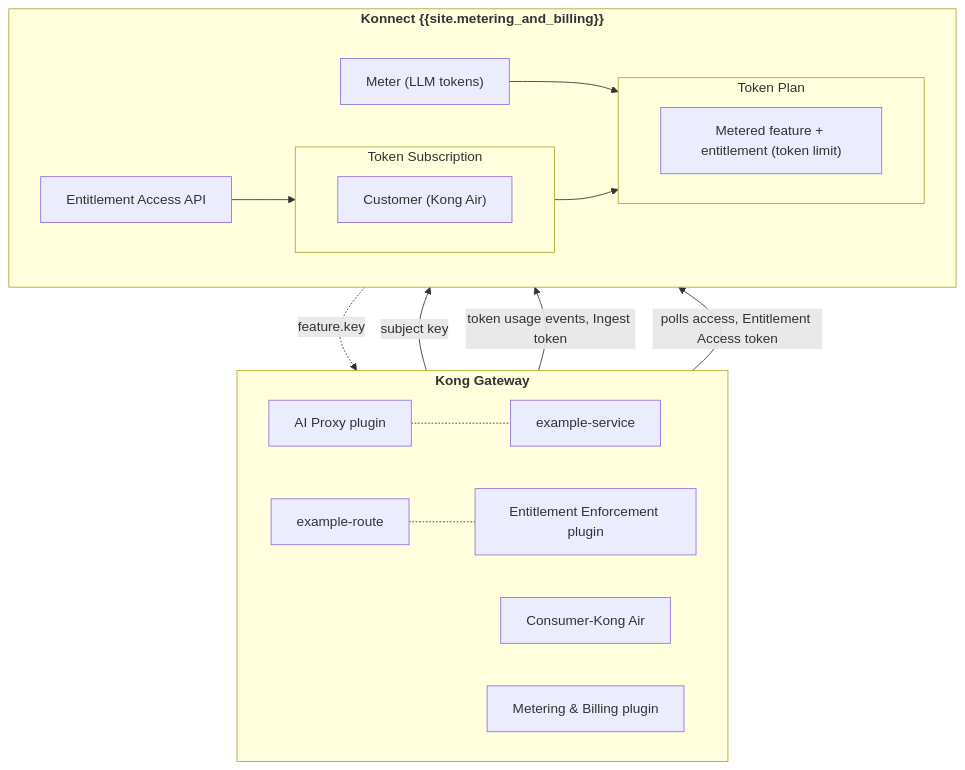
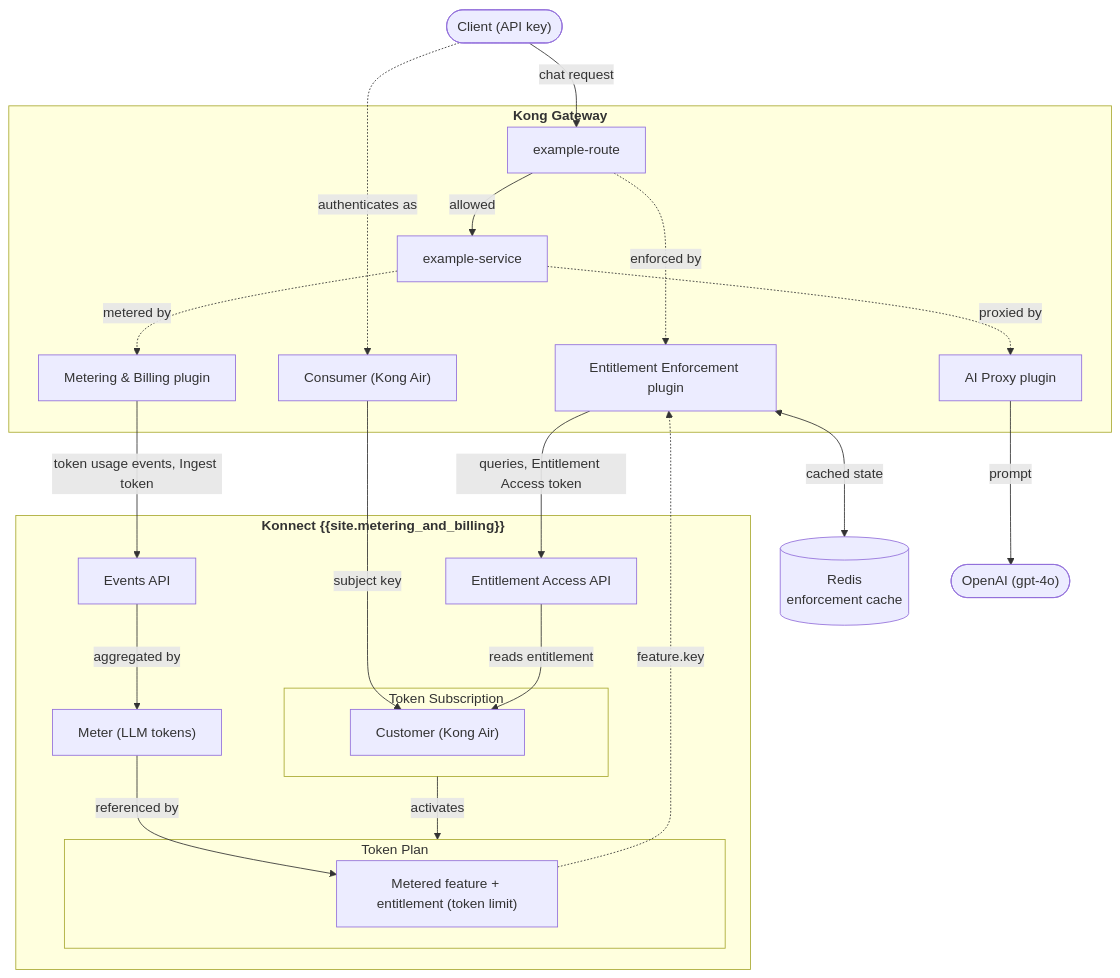
One commit to Kong/developer.konghq.com changed the diagram in app/_how-tos/ai-gateway/enforce-entitlements-on-llm-traffic.md. Above: the diagram before and after it, drawn with Mermaid. The commit also changed 1 other file, not shown here.

Commit message:
docs(metering-and-billing): make the enforcement diagrams show the real flow
The diagrams showed which entities were associated, but skipped hops the
guides actually configure and left out one required component:

* The Metering & Billing plugin posts usage to the Events API, which the meter
  then aggregates. The arrow went straight from the plugin to the meter, so the
  ingest endpoint the guide configures was invisible.
* Redis was absent, even though it's a prerequisite and a plugin config field.
  It now appears as the enforcement cache the plugin reads and writes.
* Neither diagram showed a request arriving, being allowed, and reaching the
  Service, so the enforcement point wasn't visible.
* The edge between the API and the customer was unlabeled and pointed as if the
  API produced the customer, rather than reading their entitlement.

Both diagrams now include a client, the Events API, the Entitlement Access API,
and Redis, with every edge labeled: which token each call uses, which entity
each plugin attaches to, and the subject key and feature key relationships. The
LLM diagram also shows AI Proxy sending the prompt to OpenAI.

```diff
--- a/app/_how-tos/ai-gateway/enforce-entitlements-on-llm-traffic.md
+++ b/app/_how-tos/ai-gateway/enforce-entitlements-on-llm-traffic.md
@@ -146,35 +146,42 @@
 {% mermaid %}
 flowchart TB
+  client(["Client (API key)"])
   subgraph gateway["<b>Kong Gateway</b>"]
-    direction LR
+        route["example-route"]
         service["example-service"]
-        route["example-route"]
-        consumer1["Consumer-Kong Air"]
+        consumer1["Consumer (Kong Air)"]
+        enforcement["Entitlement Enforcement plugin"]
         proxy["AI Proxy plugin"]
         metering["Metering & Billing plugin"]
-        enforcement["Entitlement Enforcement plugin"]
   end
+  redis[("Redis<br>enforcement cache")]
+  openai(["OpenAI (gpt-4o)"])
   subgraph mb["<b>Konnect {{site.metering_and_billing}}</b>"]
-    direction LR
+        events["Events API"]
+        access["Entitlement Access API"]
         meter["Meter (LLM tokens)"]
     subgraph plan["Token Plan"]
-      direction LR
           feature2["Metered feature + entitlement (token limit)"]
     end
     subgraph subscription["Token Subscription"]
-      direction LR
           customer1["Customer (Kong Air)"]
     end
-    access["Entitlement Access API"]
   end
-    proxy -.- service
-    route -.- enforcement
-    meter --> feature2
+    client -->|chat request| route
+    route -.->|enforced by| enforcement
+    route -->|allowed| service
+    service -.->|proxied by| proxy
+    proxy -->|prompt| openai
+    service -.->|metered by| metering
+    client -.->|authenticates as| consumer1
     consumer1 -->|subject key| customer1
-    subscription --> plan
-    metering -->|token usage events, Ingest token| meter
-    enforcement -->|polls access, Entitlement Access token| access
-    access --> customer1
+    metering -->|token usage events, Ingest token| events
+    events -->|aggregated by| meter
+    meter -->|referenced by| feature2
+    subscription -->|activates| plan
+    enforcement -->|queries, Entitlement Access token| access
+    access -->|reads entitlement| customer1
+    enforcement <-->|cached state| redis
     feature2 -.->|feature.key| enforcement
 
 {% endmermaid %}
```
